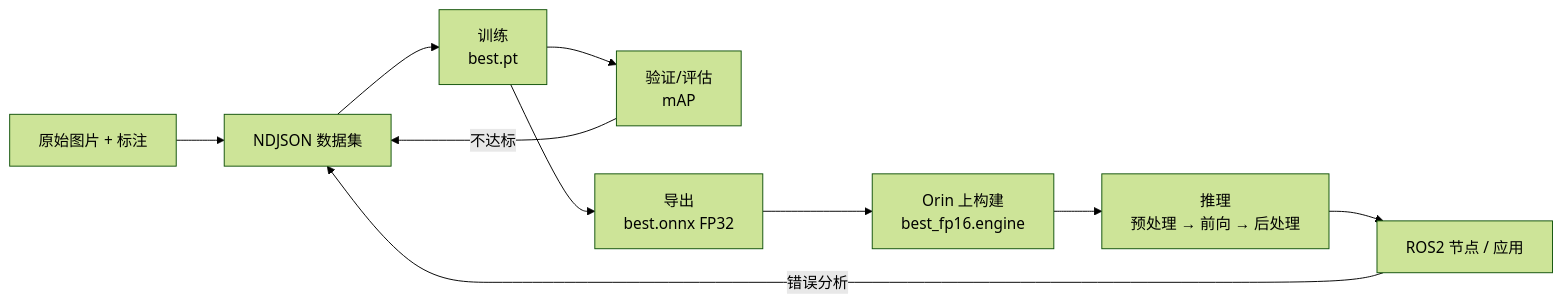
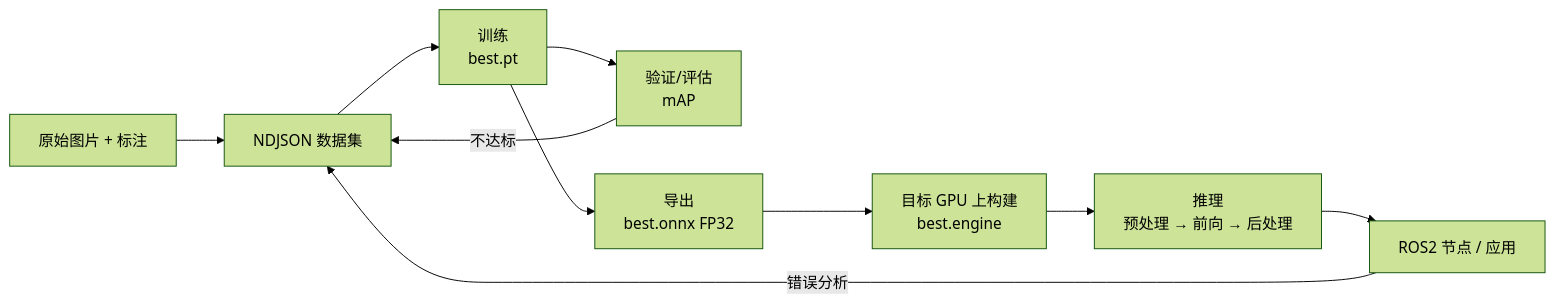
One commit to Korotomx/STD changed the diagram in Artificial_Intelligence/DeepLearningRM/学习笔记/功能实现/N023 模型全流程总览 从数据到Orin部署.md. Above: the diagram before and after it, drawn with Mermaid (forest theme). The commit also changed other lines of this file and 4 other files, not shown here.

````diff
--- a/Artificial_Intelligence/DeepLearningRM/学习笔记/功能实现/N023 模型全流程总览 从数据到Orin部署.md
+++ b/Artificial_Intelligence/DeepLearningRM/学习笔记/功能实现/N023 模型全流程总览 从数据到Orin部署.md
@@ -47,12 +47,12 @@
 ```mermaid
 flowchart LR
     A[原始图片 + 标注] --> B[NDJSON 数据集]
     B --> C[训练<br/>best.pt]
     C --> D[验证/评估<br/>mAP]
     D -->|不达标| B
     C --> E[导出<br/>best.onnx FP32]
-    E --> F[Orin 上构建<br/>best_fp16.engine]
+    E --> F[目标 GPU 上构建<br/>best.engine]
     F --> G[推理<br/>预处理 → 前向 → 后处理]
     G --> H[ROS2 节点 / 应用]
     H -->|错误分析| B
 ```
````
